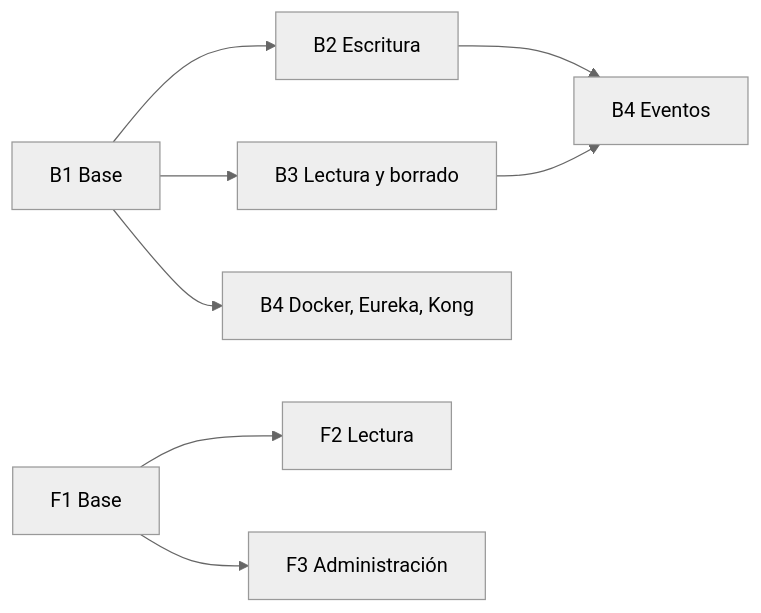
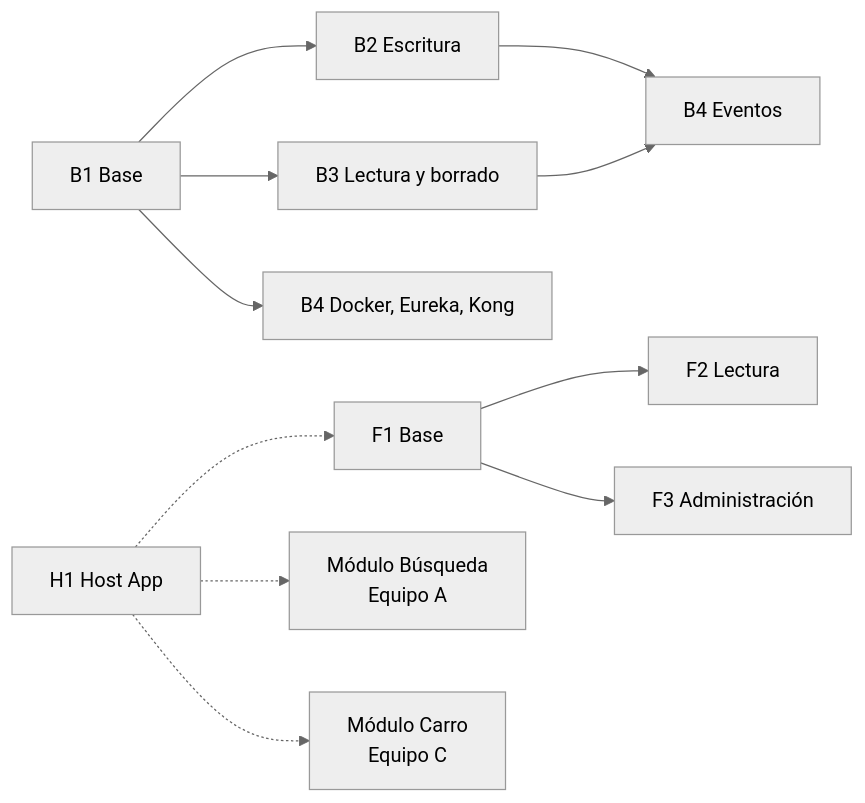
Before and after one commit to rancesra/teambsoft-backend: the diagram in PLAN-DE-TRABAJO.md, drawn with Mermaid (neutral theme). The commit also changed other lines of this file and 4 other files, not shown here.

Commit message:
Contrato v2.3, historias 7 y 8, y el Host App como tarea H1

````diff
--- a/PLAN-DE-TRABAJO.md
+++ b/PLAN-DE-TRABAJO.md
@@ -29,10 +30,13 @@
 ```mermaid
 graph LR
     B1[B1 Base] --> B2[B2 Escritura]
     B1 --> B3[B3 Lectura y borrado]
     B1 --> B4a[B4 Docker, Eureka, Kong]
     B2 --> B4b[B4 Eventos]
     B3 --> B4b
     F1[F1 Base] --> F2[F2 Lectura]
     F1 --> F3[F3 Administración]
+    H1[H1 Host App] -.-> F1
+    H1 -.-> A[Módulo Búsqueda<br/>Equipo A]
+    H1 -.-> C[Módulo Carro<br/>Equipo C]
 ```
````
